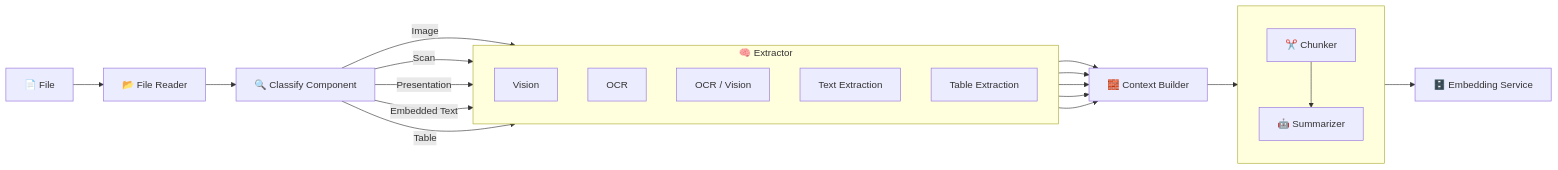
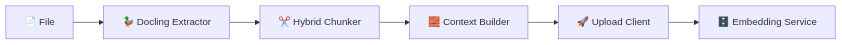
One commit to Taihenc/project-aiq changed the first of 2 diagrams in services/data-ingestion/README.md. Above: the diagram before and after it, drawn with Mermaid. The commit also changed other lines of this file and 12 other files, not shown here.

````diff
--- a/services/data-ingestion/README.md
+++ b/services/data-ingestion/README.md
@@ -49,42 +43,13 @@
 ```mermaid
    flowchart LR
     %% ====== FILE INPUT ======
-    F[📄 File] --> FR[📂 File Reader]
-    FR --> CL[🔍 Classify Component]
-
-    %% ====== EXTRACTOR GROUP ======
-    subgraph EX[🧠 Extractor]
-        direction TB
-        V1[Vision]
-        O1[OCR]
-        O2[OCR / Vision]
-        T1[Text Extraction]
-        T2[Table Extraction]
-    end
-
-    %% ====== CLASSIFY CONNECTIONS ======
-    CL -->|Image| V1
-    CL -->|Scan| O1
-    CL -->|Presentation| O2
-    CL -->|Embedded Text| T1
-    CL -->|Table| T2
-
-    %% ====== CONTEXT BUILDER ======
-    V1 --> CB[🧱 Context Builder]
-    O1 --> CB
-    O2 --> CB
-    T1 --> CB
-    T2 --> CB
-
-    %% ====== CHUNKER, SUMMARIZER, EMBEDING ======
-    subgraph PROCESS[ ]
-        direction TB
-        SU[🤖 Summarizer]
-        CH[✂️ Chunker]
-
-    end
-
-    CB --> PROCESS
-    CH --> SU
-    PROCESS --> EM[🗄️ Embedding Service]
+    F[📄 File] --> EX[🦆 Docling Extractor]
+    
+    %% ====== DOCLING PROCESSING ======
+    EX --> CH[✂️ Hybrid Chunker]
+    CH --> CB[🧱 Context Builder]
+    
+    %% ====== UPLOAD ======
+    CB --> UP[🚀 Upload Client]
+    UP --> EM[🗄️ Embedding Service]
 ```
````
